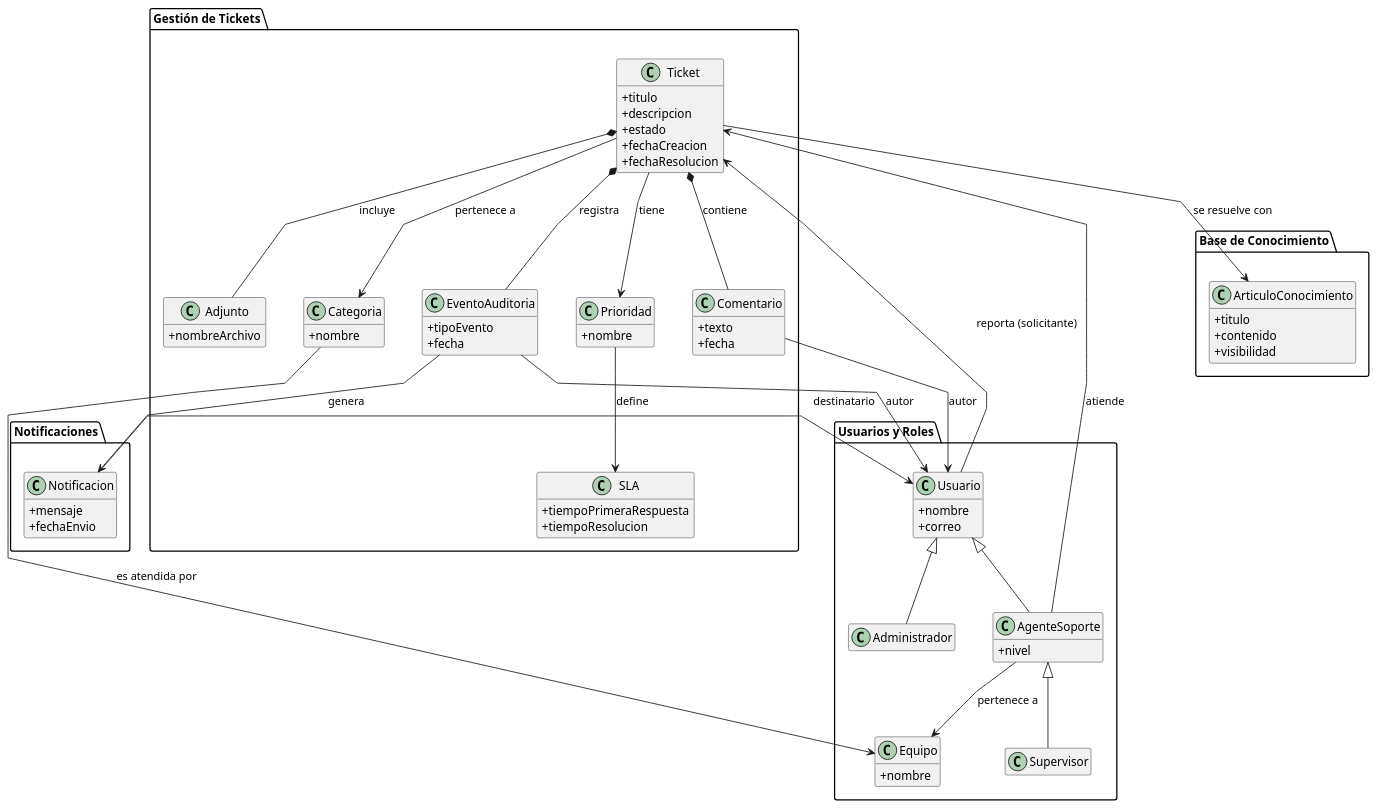
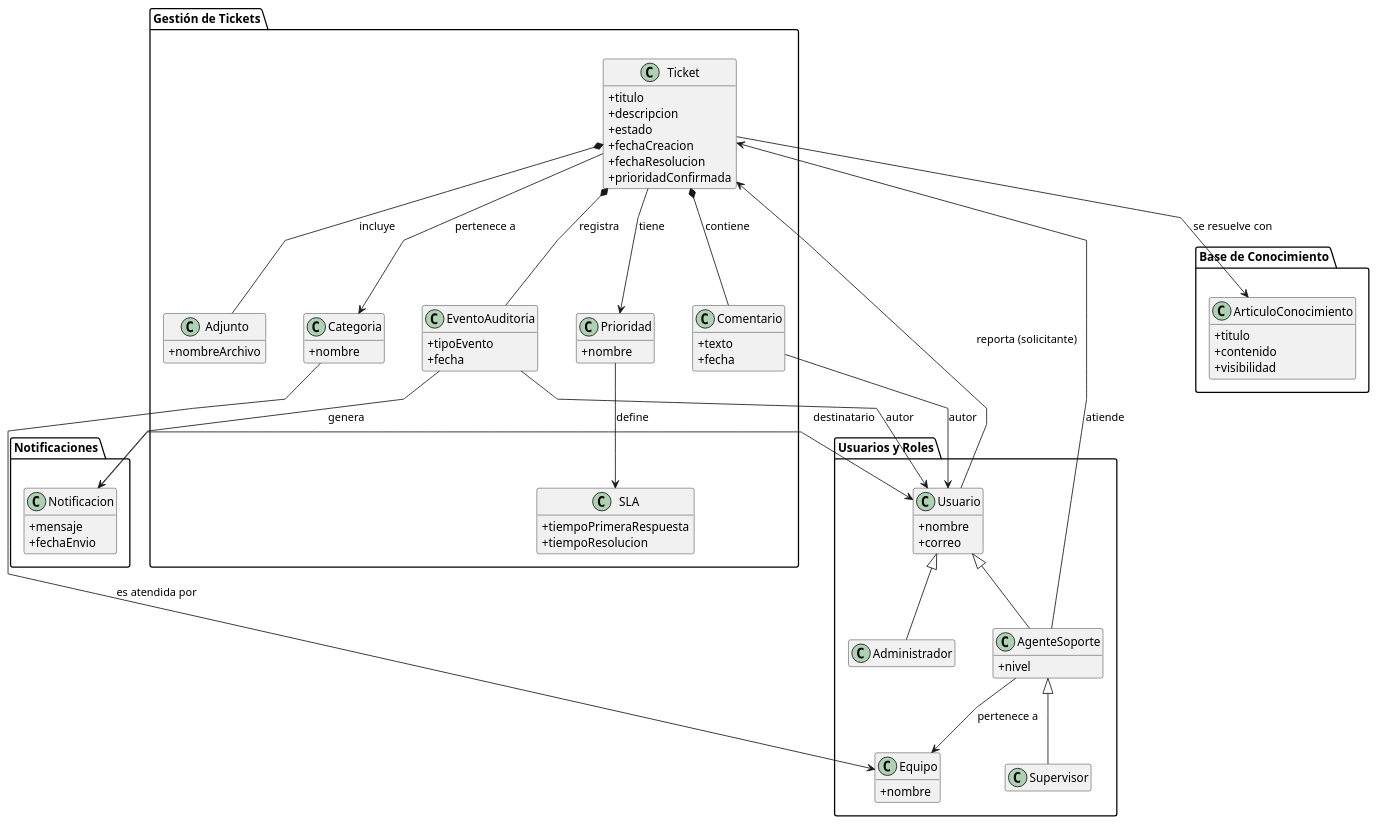
The diagram in puml/01-fase-inicio/modelo-dominio/diagrama-clases.puml (Dievex/01-HelpDesk), drawn with PlantUML before and after one commit. The commit also changed 4 other files, not shown here.

First line of the commit message:
Add atributo prioridadConfirmada al Ticket en el modelo de dominio

```diff
--- a/puml/01-fase-inicio/modelo-dominio/diagrama-clases.puml
+++ b/puml/01-fase-inicio/modelo-dominio/diagrama-clases.puml
@@ -1,91 +1,92 @@
 @startuml diagrama-clases
 hide empty members
 skinparam classAttributeIconSize 0
 skinparam nodesep 45
 skinparam ranksep 70
 skinparam packagePadding 25
 skinparam linetype polyline
 
 package "Usuarios y Roles" {
   class Usuario {
     +nombre
     +correo
   }
   class AgenteSoporte {
     +nivel
   }
   class Supervisor
   class Administrador
   class Equipo {
     +nombre
   }
 }
 
 package "Gestión de Tickets" {
   class Ticket {
     +titulo
     +descripcion
     +estado
     +fechaCreacion
     +fechaResolucion
+    +prioridadConfirmada
   }
   class Categoria {
     +nombre
   }
   class Prioridad {
     +nombre
   }
   class SLA {
     +tiempoPrimeraRespuesta
     +tiempoResolucion
   }
   class Comentario {
     +texto
     +fecha
   }
   class Adjunto {
     +nombreArchivo
   }
   class EventoAuditoria {
     +tipoEvento
     +fecha
   }
 }
 
 package "Base de Conocimiento" {
   class ArticuloConocimiento {
     +titulo
     +contenido
     +visibilidad
   }
 }
 
 package "Notificaciones" {
   class Notificacion {
     +mensaje
     +fechaEnvio
   }
 }
 
 Usuario <|-- AgenteSoporte
 AgenteSoporte <|-- Supervisor
 Usuario <|-- Administrador
 
 Usuario  -->  Ticket : reporta (solicitante)
 AgenteSoporte  -->  Ticket : atiende
 AgenteSoporte  -->  Equipo : pertenece a
 Ticket  -->  Categoria : pertenece a
 Ticket  -->  Prioridad : tiene
 Prioridad  -->  SLA : define
 Categoria  -->  Equipo : es atendida por
 
 Ticket  *--  Comentario : contiene
 Ticket  *--  Adjunto : incluye
 Ticket  *--  EventoAuditoria : registra
 Ticket  -->  ArticuloConocimiento : se resuelve con
 
 Notificacion  -->  Usuario : destinatario
 Comentario  -->  Usuario : autor
 EventoAuditoria  -->  Usuario : autor
 EventoAuditoria  -->  Notificacion : genera
 @enduml
```
